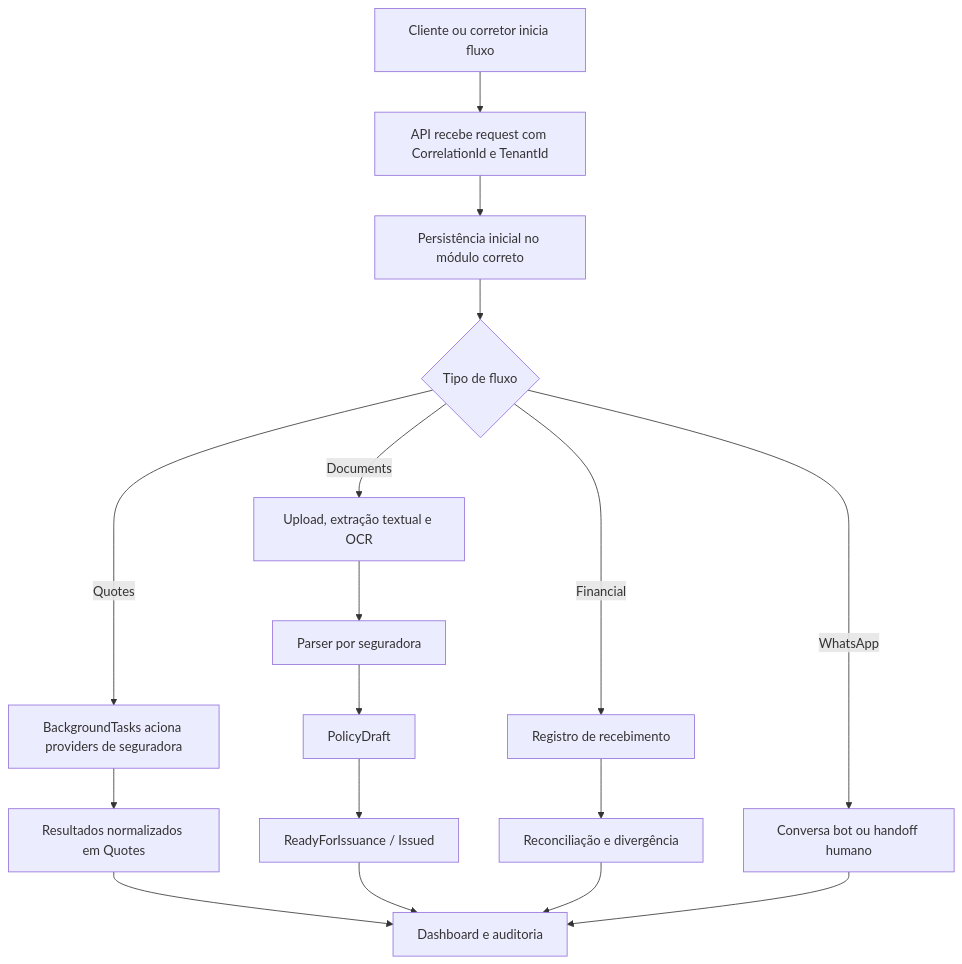
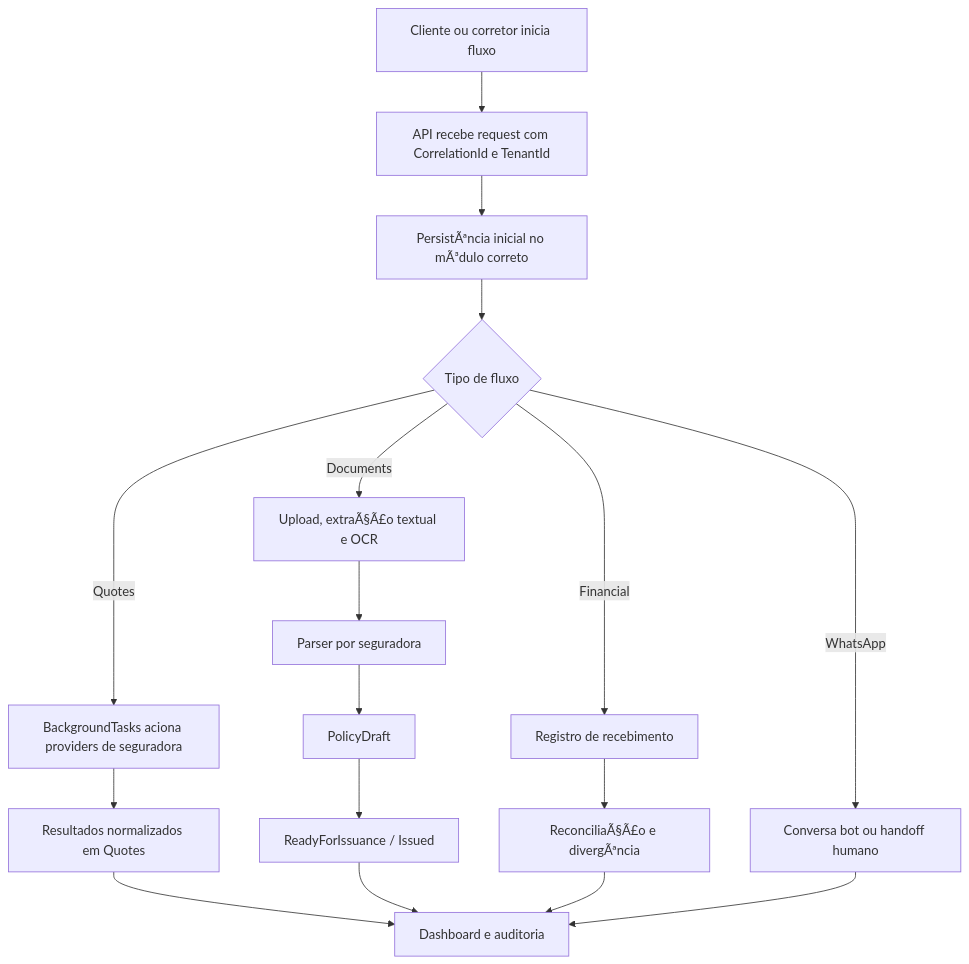
The diagram in README.md (Wassis-ERP/WAssisBE), drawn with Mermaid before and after one commit. The commit also changed other lines of this file and 15 other files, not shown here.

````diff
--- a/README.md
+++ b/README.md
@@ -91,19 +92,19 @@
 ```mermaid
 flowchart TD
     A[Cliente ou corretor inicia fluxo] --> B[API recebe request com CorrelationId e TenantId]
-    B --> C[Persistência inicial no módulo correto]
+    B --> C[PersistÃªncia inicial no mÃ³dulo correto]
     C --> D{Tipo de fluxo}
     D -- Quotes --> E[BackgroundTasks aciona providers de seguradora]
     E --> F[Resultados normalizados em Quotes]
-    D -- Documents --> G[Upload, extração textual e OCR]
+    D -- Documents --> G[Upload, extraÃ§Ã£o textual e OCR]
     G --> H[Parser por seguradora]
     H --> I[PolicyDraft]
     I --> J[ReadyForIssuance / Issued]
     D -- Financial --> K[Registro de recebimento]
-    K --> L[Reconciliação e divergência]
+    K --> L[ReconciliaÃ§Ã£o e divergÃªncia]
     D -- WhatsApp --> M[Conversa bot ou handoff humano]
     F --> N[Dashboard e auditoria]
     J --> N
     L --> N
     M --> N
 ```
````
